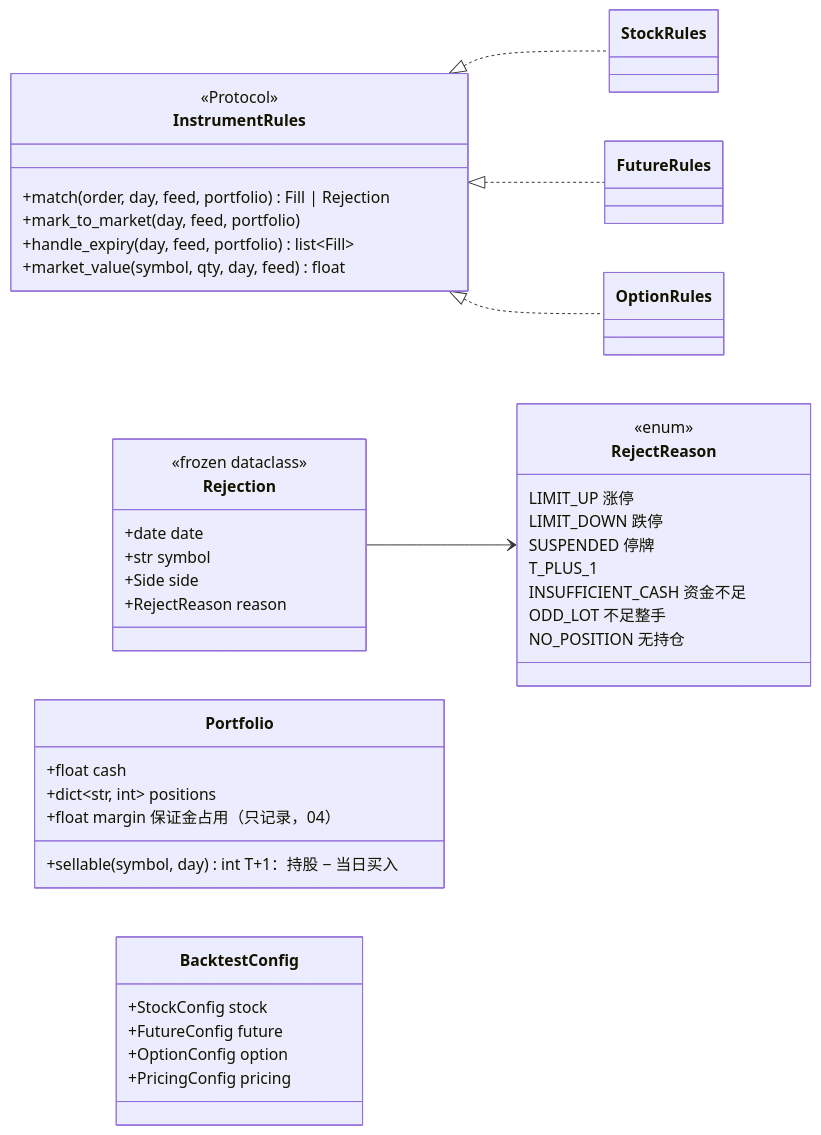
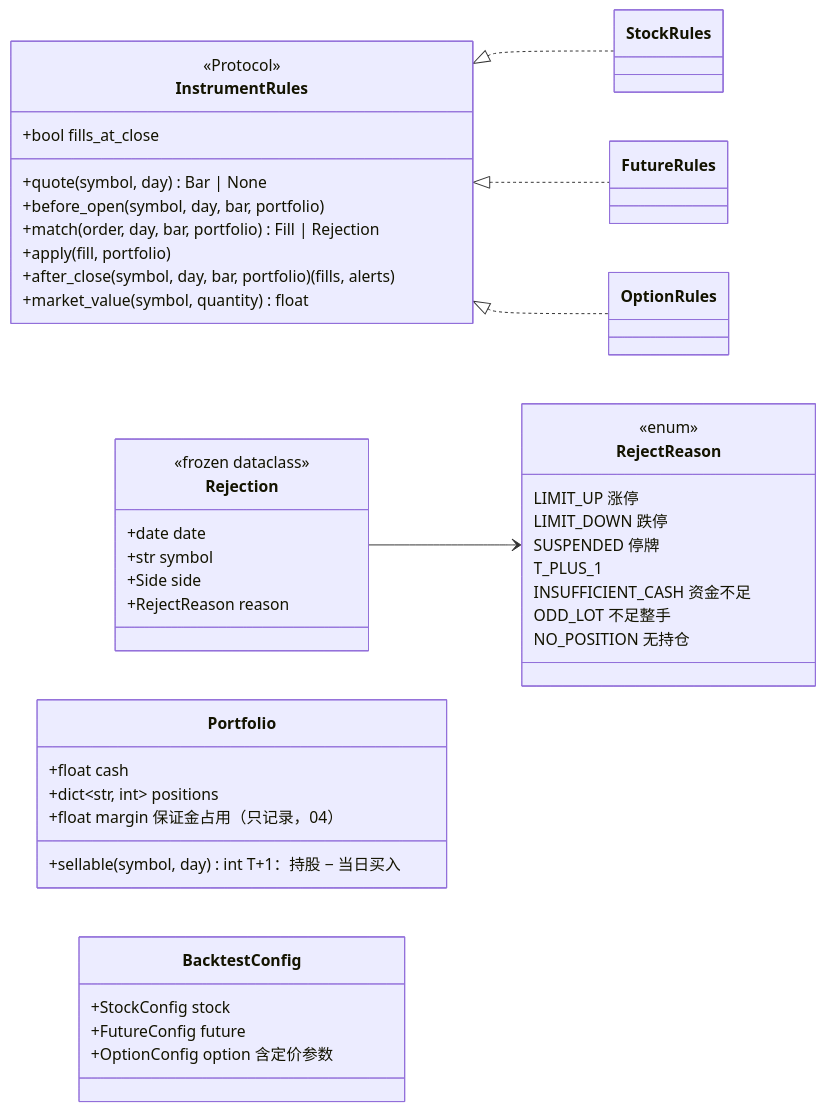
One commit to guevara12345/quant changed the second of 8 diagrams in docs/design.md. Above: the diagram before and after it, drawn with Mermaid. The commit also changed other lines of this file and 14 other files, not shown here.

````diff
--- a/docs/design.md
+++ b/docs/design.md
@@ -99,50 +101,52 @@
 ```mermaid
 classDiagram
     direction LR
     class InstrumentRules {
         <<Protocol>>
-        +match(order, day, feed, portfolio) Fill | Rejection
-        +mark_to_market(day, feed, portfolio)
-        +handle_expiry(day, feed, portfolio) list~Fill~
-        +market_value(symbol, qty, day, feed) float
+        +bool fills_at_close
+        +quote(symbol, day) Bar | None
+        +before_open(symbol, day, bar, portfolio)
+        +match(order, day, bar, portfolio) Fill | Rejection
+        +apply(fill, portfolio)
+        +after_close(symbol, day, bar, portfolio) (fills, alerts)
+        +market_value(symbol, quantity) float
     }
     class StockRules
     class FutureRules
     class OptionRules
     InstrumentRules <|.. StockRules
     InstrumentRules <|.. FutureRules
     InstrumentRules <|.. OptionRules
 
     class Rejection {
         <<frozen dataclass>>
         +date date
         +str symbol
         +Side side
         +RejectReason reason
     }
     class RejectReason {
         <<enum>>
         LIMIT_UP 涨停
         LIMIT_DOWN 跌停
         SUSPENDED 停牌
         T_PLUS_1
         INSUFFICIENT_CASH 资金不足
         ODD_LOT 不足整手
         NO_POSITION 无持仓
     }
     Rejection --> RejectReason
 
     class Portfolio {
         +float cash
         +dict~str, int~ positions
         +sellable(symbol, day) int  T+1：持股 − 当日买入
         +float margin  保证金占用（只记录，04）
     }
 
     class BacktestConfig {
         +StockConfig stock
         +FutureConfig future
-        +OptionConfig option
-        +PricingConfig pricing
+        +OptionConfig option  含定价参数
     }
 ```
````
